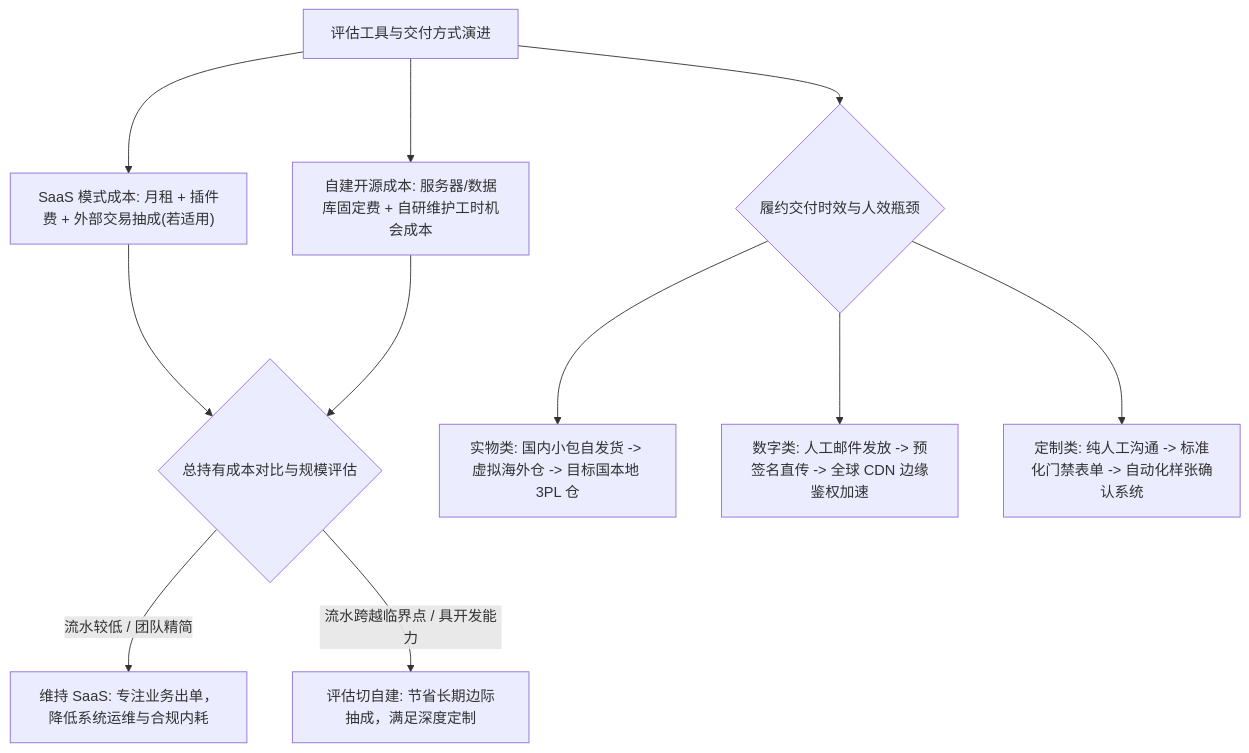
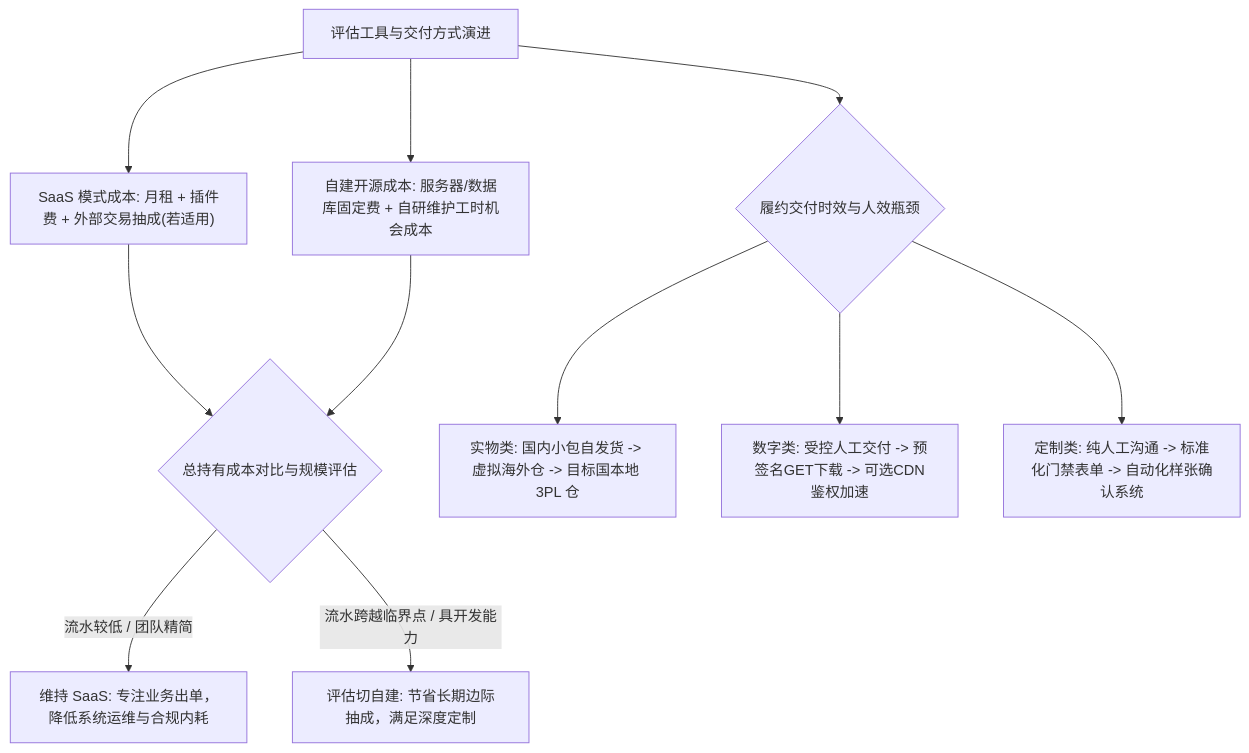
One commit to entropy-student/project changed the fifth of 9 diagrams in cross-border-business/04-product-building/docs/CHAPTER9_FINAL_SEALED.md. Above: the diagram before and after it, drawn with Mermaid. The commit also changed 7 other files, not shown here.

````diff
--- a/cross-border-business/04-product-building/docs/CHAPTER9_FINAL_SEALED.md
+++ b/cross-border-business/04-product-building/docs/CHAPTER9_FINAL_SEALED.md
@@ -332,14 +332,14 @@
 ```mermaid
 flowchart TD
     A["评估工具与交付方式演进"] --> B1["SaaS 模式成本: 月租 + 插件费 + 外部交易抽成(若适用)"]
     A --> B2["自建开源成本: 服务器/数据库固定费 + 自研维护工时机会成本"]
     B1 --> C{"总持有成本对比与规模评估"}
     B2 --> C
     C -- "流水较低 / 团队精简" --> D["维持 SaaS: 专注业务出单，降低系统运维与合规内耗"]
     C -- "流水跨越临界点 / 具开发能力" --> E["评估切自建: 节省长期边际抽成，满足深度定制"]
     
     A --> F{"履约交付时效与人效瓶颈"}
     F --> G["实物类: 国内小包自发货 -> 虚拟海外仓 -> 目标国本地 3PL 仓"]
-    F --> H["数字类: 人工邮件发放 -> 预签名直传 -> 全球 CDN 边缘鉴权加速"]
+    F --> H["数字类: 受控人工交付 -> 预签名GET下载 -> 可选CDN鉴权加速"]
     F --> I["定制类: 纯人工沟通 -> 标准化门禁表单 -> 自动化样张确认系统"]
 ```
````
